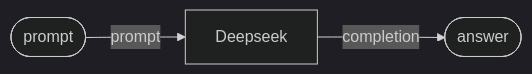
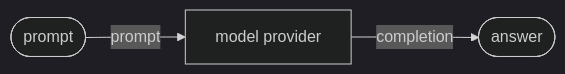
One commit to astack-tech/astack changed the diagram in examples/chat/README.md. Above: the diagram before and after it, drawn with Mermaid (dark theme). The commit also changed other lines of this file and 29 other files, not shown here.

````diff
--- a/examples/chat/README.md
+++ b/examples/chat/README.md
@@ -7,4 +7,4 @@
 ```mermaid
 flowchart LR
-  P([prompt]) -- prompt --> L[Deepseek] -- completion --> A([answer])
+  P([prompt]) -- prompt --> L[model provider] -- completion --> A([answer])
 ```
````
